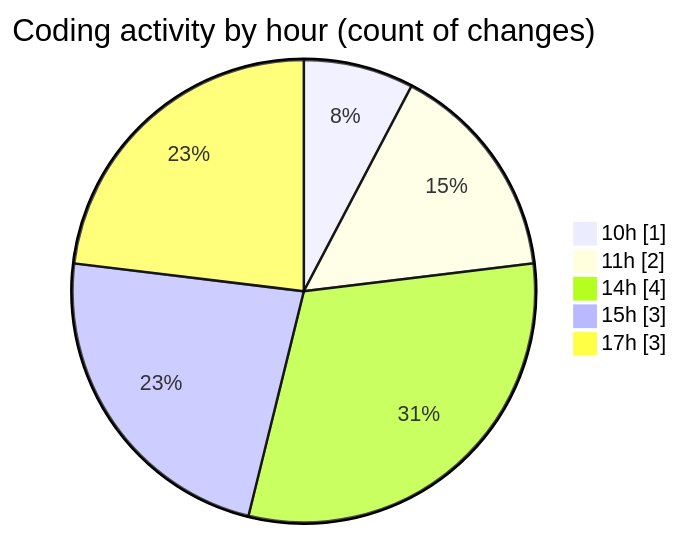
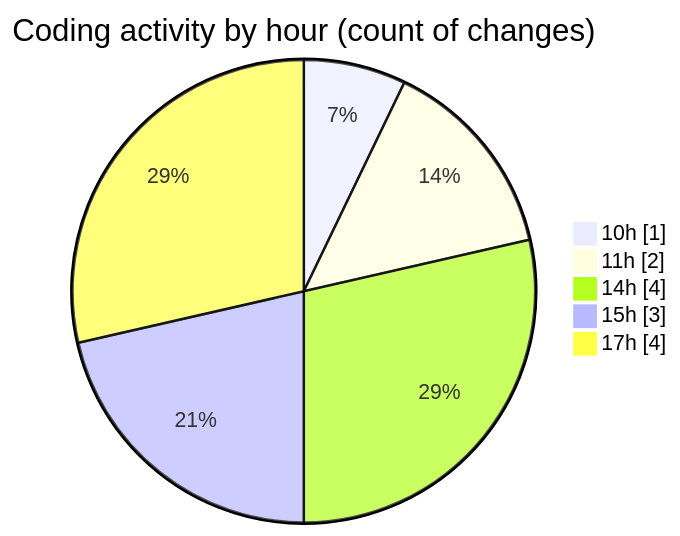
One commit to Ritupan-Deka/code-tracking changed the second of 2 diagrams in 2025-07-11/urlwebwala_intership_work/README.md. Above: the diagram before and after it, drawn with Mermaid. The commit also changed other lines of this file and 1 other file, not shown here.

````diff
--- a/2025-07-11/urlwebwala_intership_work/README.md
+++ b/2025-07-11/urlwebwala_intership_work/README.md
@@ -28,9 +28,9 @@
 ```mermaid
 pie showData
 title Coding activity by hour (count of changes)
 "10h" : 1
 "11h" : 2
 "14h" : 4
 "15h" : 3
-"17h" : 3
+"17h" : 4
 ```
````
